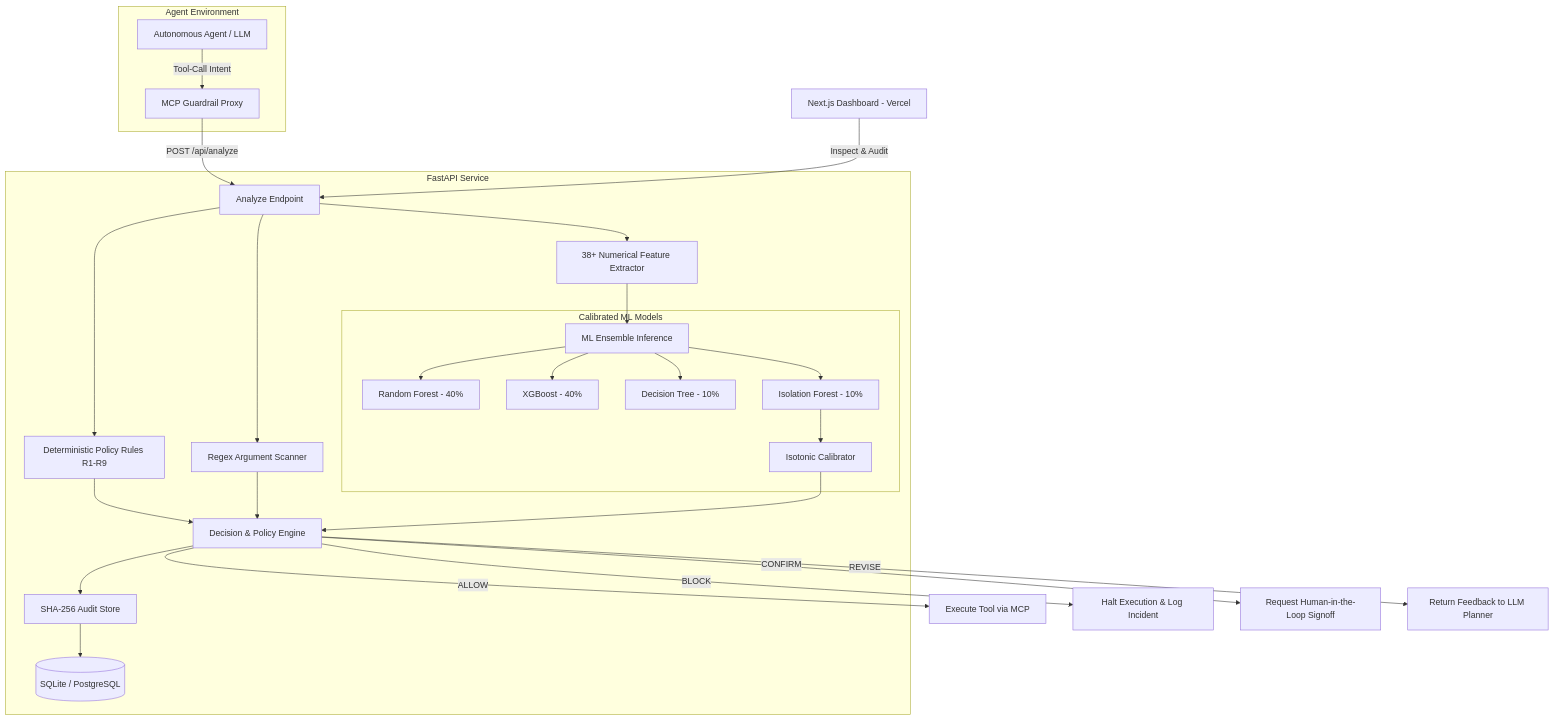
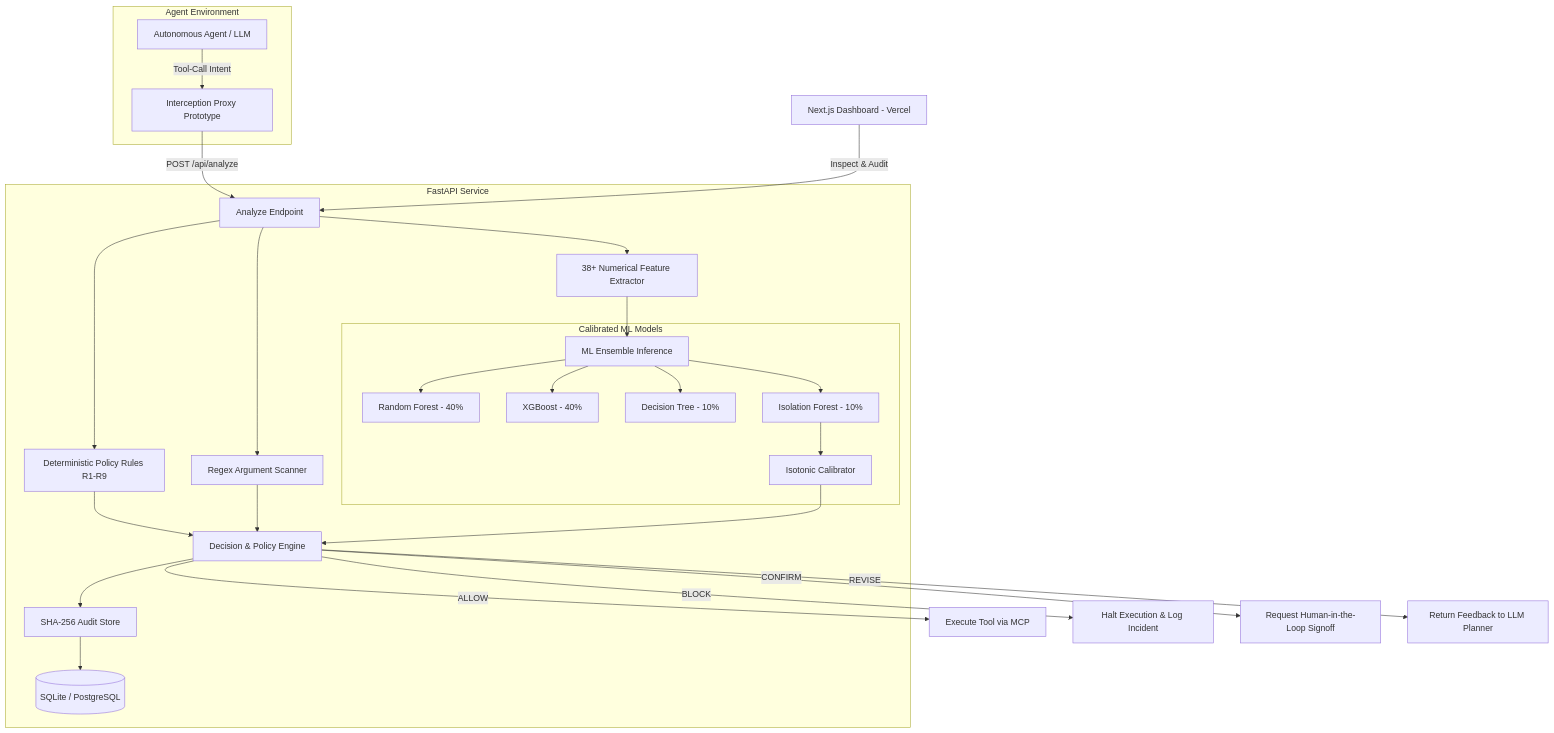
The diagram in README.md (texon09/Tool-risk-detector), drawn with Mermaid before and after one commit. The commit also changed other lines of this file and 1 other file, not shown here.

Commit message:
docs: clarify MCP interception prototype, update performance docs, and link live chat demo

````diff
--- a/README.md
+++ b/README.md
@@ -48,36 +67,36 @@
 ```mermaid
 flowchart TD
     subgraph Agent Environment
-        LLM[Autonomous Agent / LLM] -->|Tool-Call Intent| Proxy[MCP Guardrail Proxy]
+        LLM[Autonomous Agent / LLM] -->|Tool-Call Intent| Proxy[Interception Proxy Prototype]
     end
 
     subgraph Guardrail API Engine [FastAPI Service]
         Proxy -->|POST /api/analyze| API[Analyze Endpoint]
         API --> Extractor[38+ Numerical Feature Extractor]
         API --> Inspector[Regex Argument Scanner]
         API --> Rules[Deterministic Policy Rules R1-R9]
 
         Extractor --> Ensemble[ML Ensemble Inference]
         subgraph Calibrated ML Models
             Ensemble --> RF[Random Forest - 40%]
             Ensemble --> XGB[XGBoost - 40%]
             Ensemble --> DT[Decision Tree - 10%]
             Ensemble --> ISO[Isolation Forest - 10%]
             ISO --> Calibrator[Isotonic Calibrator]
         end
 
         Rules --> DecisionEngine[Decision & Policy Engine]
         Inspector --> DecisionEngine
         Calibrator --> DecisionEngine
 
         DecisionEngine --> AuditStore[SHA-256 Audit Store]
         AuditStore --> DB[(SQLite / PostgreSQL)]
     end
 
     DecisionEngine -->|ALLOW| Exec[Execute Tool via MCP]
     DecisionEngine -->|BLOCK| Reject[Halt Execution & Log Incident]
     DecisionEngine -->|CONFIRM| Human[Request Human-in-the-Loop Signoff]
     DecisionEngine -->|REVISE| Feedback[Return Feedback to LLM Planner]
 
     Dashboard[Next.js Dashboard - Vercel] -->|Inspect & Audit| API
 ```
````
